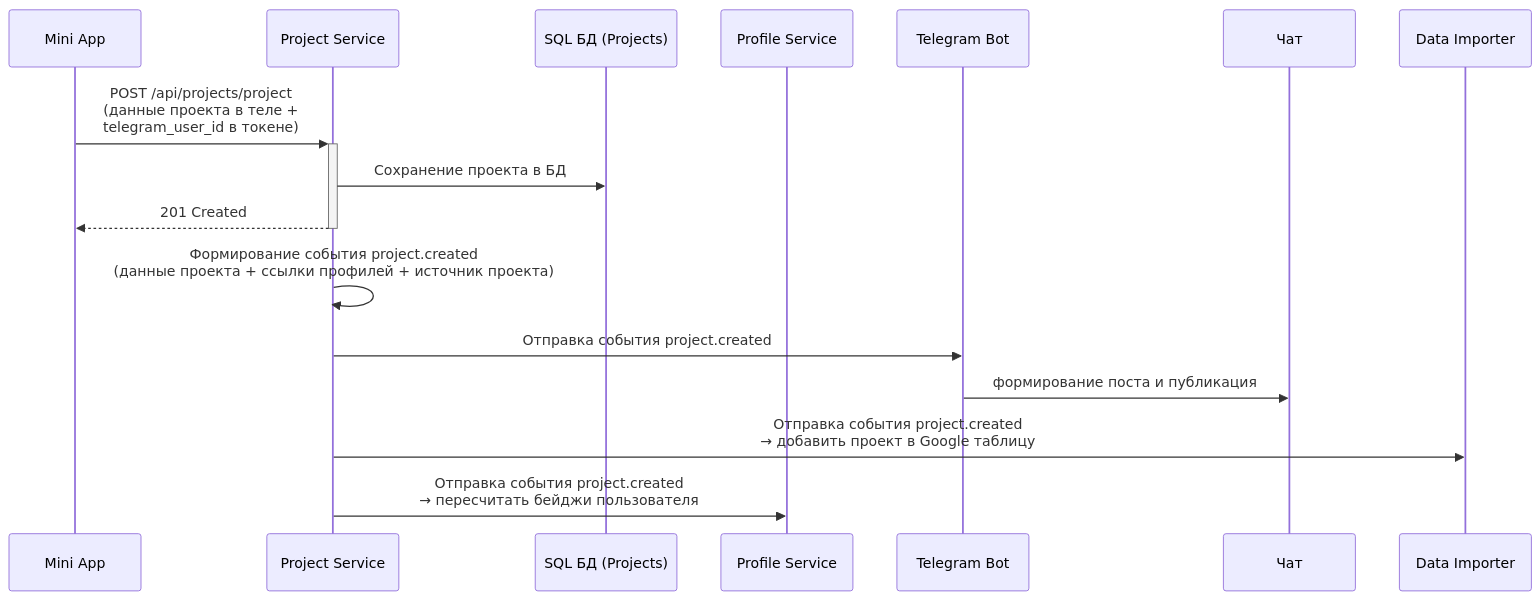
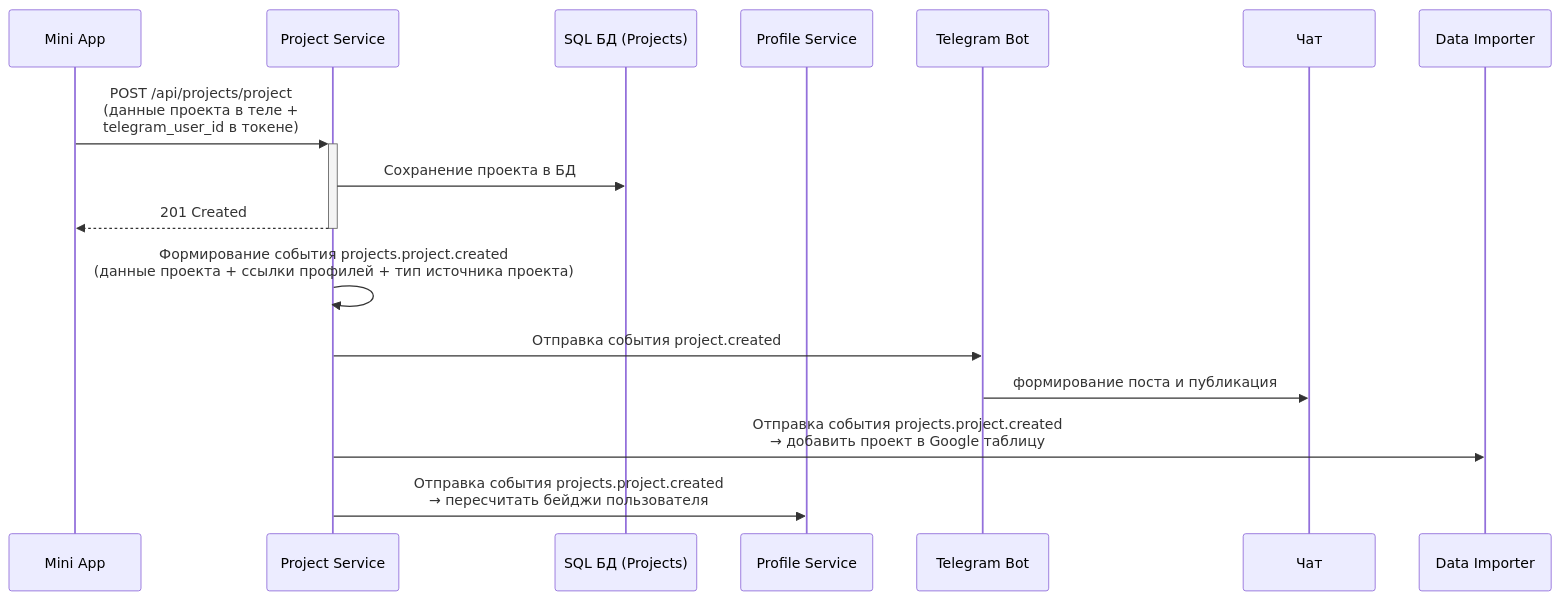
The first of 3 diagrams in system-analytics/functionality/projects-bookkeeping.md (it-mentor-community-platform/meta), drawn with Mermaid before and after one commit. The commit also changed other lines of this file, not shown here.

Commit message:
system analytics: project bookeeping - more details on project source

````diff
--- a/system-analytics/functionality/projects-bookkeeping.md
+++ b/system-analytics/functionality/projects-bookkeeping.md
@@ -19,24 +19,24 @@
   ```mermaid
   sequenceDiagram
     participant MiniApp as Mini App
     participant ProjectService as Project Service
     participant SQLDB as SQL БД (Projects)
     participant ProfileService as Profile Service
     participant TelegramBot as Telegram Bot
     participant Chat as Чат
     participant DataImporter as Data Importer
 
     MiniApp ->>+ ProjectService: POST /api/projects/project<br/>(данные проекта в теле +<br/>telegram_user_id в токене)
 
     ProjectService ->> SQLDB: Сохранение проекта в БД
     ProjectService -->>- MiniApp: 201 Created
 
-    ProjectService ->> ProjectService: Формирование события project.created<br/>(данные проекта + ссылки профилей + источник проекта)
+    ProjectService ->> ProjectService: Формирование события projects.project.created<br/>(данные проекта + ссылки профилей + тип источника проекта)
 
     ProjectService ->> TelegramBot: Отправка события project.created
     TelegramBot ->> Chat: формирование поста и публикация
 
-    ProjectService ->> DataImporter: Отправка события project.created<br/>→ добавить проект в Google таблицу
+    ProjectService ->> DataImporter: Отправка события projects.project.created<br/>→ добавить проект в Google таблицу
 
-    ProjectService ->> ProfileService: Отправка события project.created<br/>→ пересчитать бейджи пользователя
+    ProjectService ->> ProfileService: Отправка события projects.project.created<br/>→ пересчитать бейджи пользователя
   ```
````
